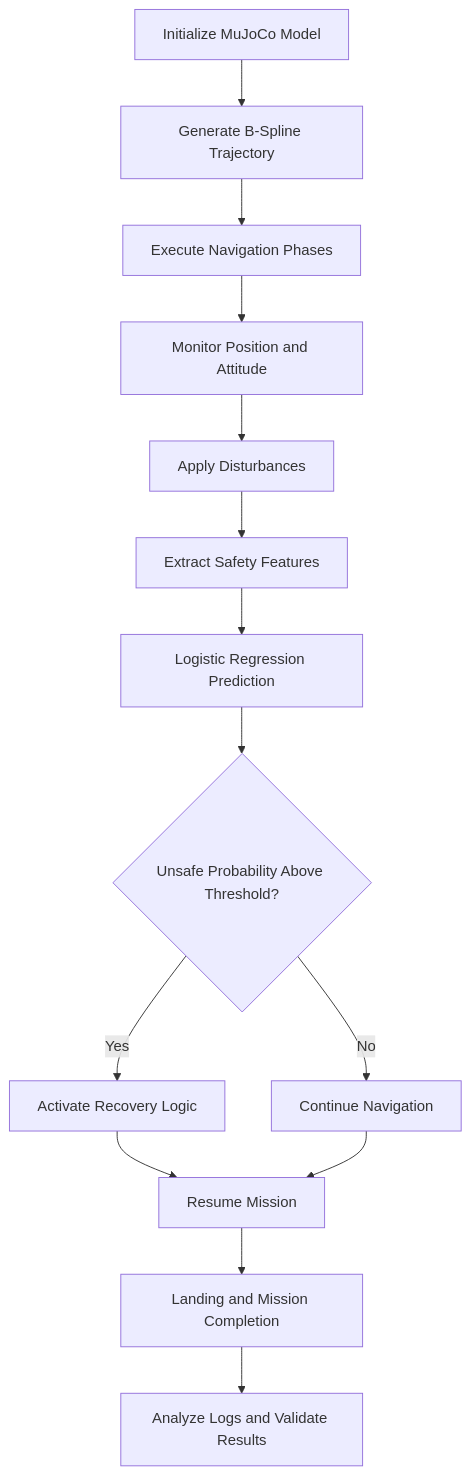
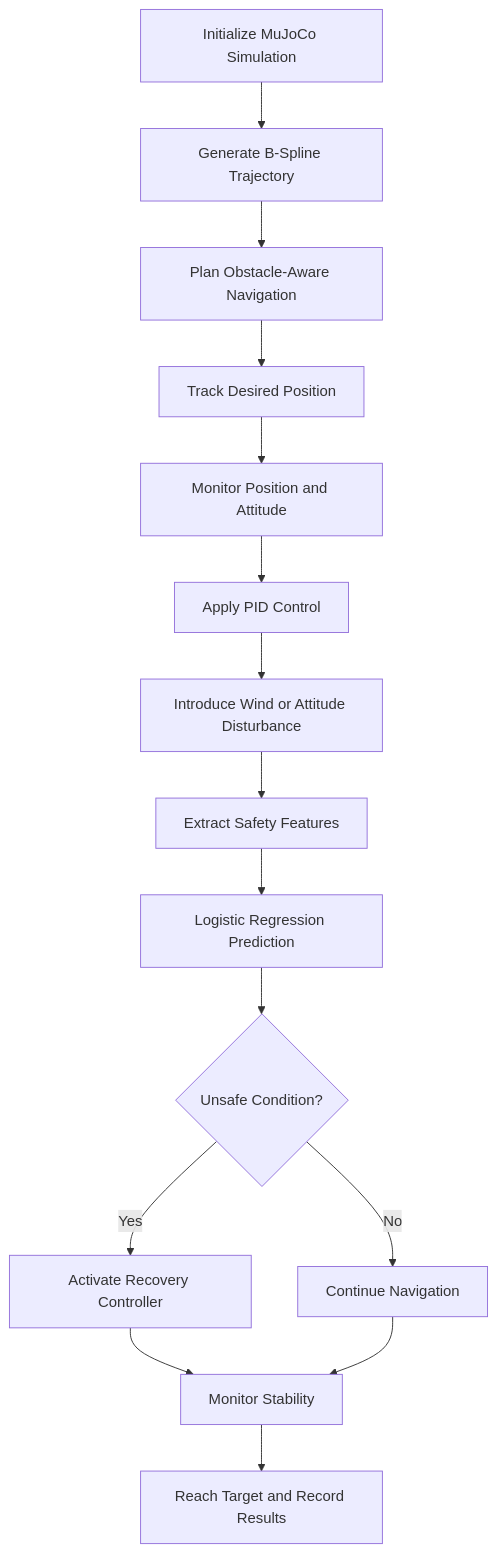
One commit to myagi548/Drones_S5_AB14_BSpline_PID_ML_Safety changed the diagram in README.md. Above: the diagram before and after it, drawn with Mermaid. The commit also changed other lines of this file, not shown here.

````diff
--- a/README.md
+++ b/README.md
@@ -65,16 +69,17 @@
 ```mermaid
 flowchart TD
-    A[Initialize MuJoCo Model] --> B[Generate B-Spline Trajectory]
-    B --> C[Execute Navigation Phases]
-    C --> D[Monitor Position and Attitude]
-    D --> E[Apply Disturbances]
-    E --> F[Extract Safety Features]
-    F --> G[Logistic Regression Prediction]
-    G --> H{Unsafe Probability Above Threshold?}
-    H -- Yes --> I[Activate Recovery Logic]
-    H -- No --> J[Continue Navigation]
-    I --> K[Resume Mission]
-    J --> K
-    K --> L[Landing and Mission Completion]
-    L --> M[Analyze Logs and Validate Results]
+    A[Initialize MuJoCo Simulation] --> B[Generate B-Spline Trajectory]
+    B --> C[Plan Obstacle-Aware Navigation]
+    C --> D[Track Desired Position]
+    D --> E[Monitor Position and Attitude]
+    E --> F[Apply PID Control]
+    F --> G[Introduce Wind or Attitude Disturbance]
+    G --> H[Extract Safety Features]
+    H --> I[Logistic Regression Prediction]
+    I --> J{Unsafe Condition?}
+    J -- Yes --> K[Activate Recovery Controller]
+    J -- No --> L[Continue Navigation]
+    K --> M[Monitor Stability]
+    L --> M
+    M --> N[Reach Target and Record Results]
 ```
````
